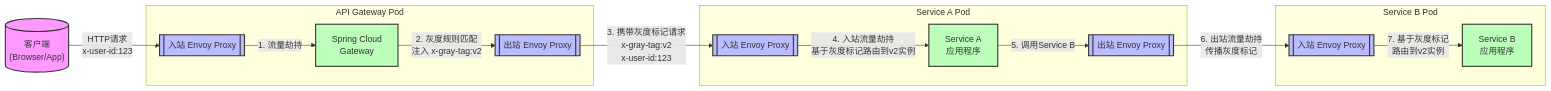
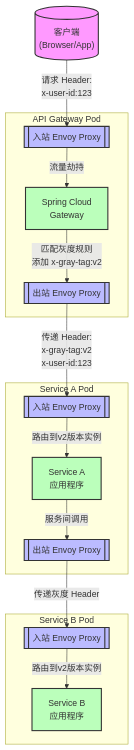
The diagram in 网关网格报告/灰度链路.md (Jholly2008/configs), drawn with Mermaid before and after one commit.

````diff
--- a/网关网格报告/灰度链路.md
+++ b/网关网格报告/灰度链路.md
@@ -1,56 +1,56 @@
 ```mermaid
 
-flowchart LR
+flowchart TD
     %% 客户端
     client[("客户端<br>(Browser/App)")]
     
     %% 网关层
     subgraph "API Gateway Pod"
         gw["Spring Cloud<br>Gateway"]
         gw_envoy_in[["入站 Envoy Proxy"]]
         gw_envoy_out[["出站 Envoy Proxy"]]
     end
     
     %% Service A
     subgraph "Service A Pod"
         svc_a["Service A<br>应用程序"]
         svc_a_envoy_in[["入站 Envoy Proxy"]]
         svc_a_envoy_out[["出站 Envoy Proxy"]]
     end
     
     %% Service B
     subgraph "Service B Pod"
         svc_b["Service B<br>应用程序"]
         svc_b_envoy_in[["入站 Envoy Proxy"]]
     end
 
-    %% 流量路径
-    client -->|"HTTP请求<br>x-user-id:123"| gw_envoy_in
-    gw_envoy_in -->|"1. 流量劫持"| gw
+    %% 流量路径 - 修复连线内容格式
+    client --> |"请求 Header:<br>x-user-id:123"| gw_envoy_in
+    gw_envoy_in --> |"流量劫持"| gw
     
-    gw -->|"2. 灰度规则匹配<br>注入 x-gray-tag:v2"| gw_envoy_out
+    gw --> |"匹配灰度规则<br>添加 x-gray-tag:v2"| gw_envoy_out
     
-    gw_envoy_out -->|"3. 携带灰度标记请求<br>x-gray-tag:v2<br>x-user-id:123"| svc_a_envoy_in
+    gw_envoy_out --> |"传递 Header:<br>x-gray-tag:v2<br>x-user-id:123"| svc_a_envoy_in
     
-    svc_a_envoy_in -->|"4. 入站流量劫持<br>基于灰度标记路由到v2实例"| svc_a
+    svc_a_envoy_in --> |"路由到v2版本实例"| svc_a
     
-    svc_a -->|"5. 调用Service B"| svc_a_envoy_out
+    svc_a --> |"服务间调用"| svc_a_envoy_out
     
-    svc_a_envoy_out -->|"6. 出站流量劫持<br>传播灰度标记"| svc_b_envoy_in
+    svc_a_envoy_out --> |"传递灰度 Header"| svc_b_envoy_in
     
-    svc_b_envoy_in -->|"7. 基于灰度标记<br>路由到v2实例"| svc_b
+    svc_b_envoy_in --> |"路由到v2版本实例"| svc_b
 
-    %% 样式
+    %% 样式设置
     style client fill:#f9f,stroke:#333,stroke-width:2px
     style gw fill:#bfb,stroke:#333,stroke-width:2px
     style svc_a fill:#bfb,stroke:#333,stroke-width:2px
     style svc_b fill:#bfb,stroke:#333,stroke-width:2px
     
     %% Envoy代理样式
     style gw_envoy_in fill:#bbf,stroke:#333,stroke-width:2px
     style gw_envoy_out fill:#bbf,stroke:#333,stroke-width:2px
     style svc_a_envoy_in fill:#bbf,stroke:#333,stroke-width:2px
     style svc_a_envoy_out fill:#bbf,stroke:#333,stroke-width:2px
     style svc_b_envoy_in fill:#bbf,stroke:#333,stroke-width:2px
 
 ```
````
